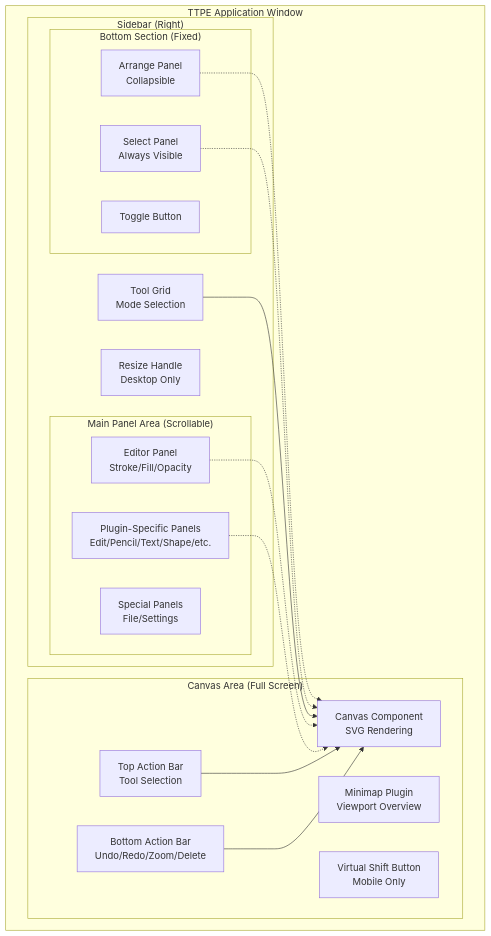
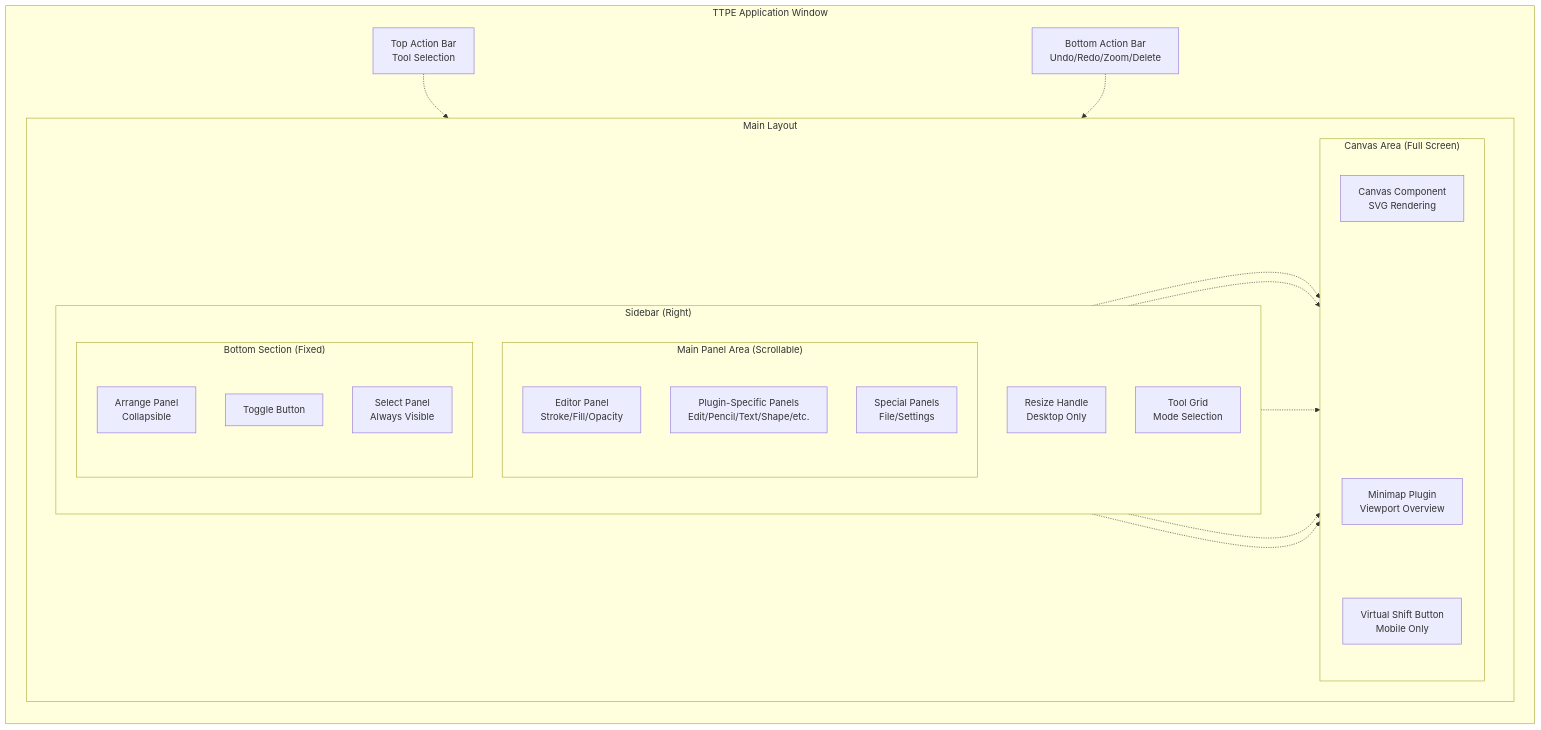
Before and after one commit to ekrsulov/ttpe: the first of 2 diagrams in doc/docs/app-structure/overview.md, drawn with Mermaid. The commit also changed other lines of this file and 7 other files, not shown here.

Commit message:
feat: Add svg-pan-zoom integration and duplicate on drag functionality with tests

````diff
--- a/doc/docs/app-structure/overview.md
+++ b/doc/docs/app-structure/overview.md
@@ -15,37 +15,59 @@
 ```mermaid
 graph TB
     subgraph App["TTPE Application Window"]
-        subgraph Canvas["Canvas Area (Full Screen)"]
-            CanvasMain[Canvas Component<br/>SVG Rendering]
-            TopBar[Top Action Bar<br/>Tool Selection]
-            BottomBar[Bottom Action Bar<br/>Undo/Redo/Zoom/Delete]
-            Minimap[Minimap Plugin<br/>Viewport Overview]
-            VirtualShift[Virtual Shift Button<br/>Mobile Only]
+        direction TB
+        
+        TopBar[Top Action Bar<br/>Tool Selection]
+        
+        subgraph Layout["Main Layout"]
+            direction LR
+            
+            subgraph Canvas["Canvas Area (Full Screen)"]
+                direction TB
+                CanvasMain[Canvas Component<br/>SVG Rendering]
+                CanvasSpace1[ ]
+                CanvasSpace2[ ]
+                Minimap[Minimap Plugin<br/>Viewport Overview]
+                VirtualShift[Virtual Shift Button<br/>Mobile Only]
+                
+                style CanvasSpace1 fill:none,stroke:none
+                style CanvasSpace2 fill:none,stroke:none
+            end
+            
+            subgraph Sidebar["Sidebar (Right)"]
+                direction TB
+                ResizeHandle[Resize Handle<br/>Desktop Only]
+                ToolGrid[Tool Grid<br/>Mode Selection]
+                
+                subgraph MainPanels["Main Panel Area (Scrollable)"]
+                    direction TB
+                    EditorPanel[Editor Panel<br/>Stroke/Fill/Opacity]
+                    PluginPanels[Plugin-Specific Panels<br/>Edit/Pencil/Text/Shape/etc.]
+                    SpecialPanels[Special Panels<br/>File/Settings]
+                end
+                
+                subgraph BottomSection["Bottom Section (Fixed)"]
+                    direction TB
+                    ArrangePanel[Arrange Panel<br/>Collapsible]
+                    ToggleBtn[Toggle Button]
+                    SelectPanel[Select Panel<br/>Always Visible]
+                end
+            end
         end
         
-        subgraph Sidebar["Sidebar (Right)"]
-            ResizeHandle[Resize Handle<br/>Desktop Only]
-            ToolGrid[Tool Grid<br/>Mode Selection]
-            
-            subgraph MainPanels["Main Panel Area (Scrollable)"]
-                EditorPanel[Editor Panel<br/>Stroke/Fill/Opacity]
-                PluginPanels[Plugin-Specific Panels<br/>Edit/Pencil/Text/Shape/etc.]
-                SpecialPanels[Special Panels<br/>File/Settings]
-            end
-            
-            subgraph BottomSection["Bottom Section (Fixed)"]
-                ArrangePanel[Arrange Panel<br/>Collapsible]
-                ToggleBtn[Toggle Button]
-                SelectPanel[Select Panel<br/>Always Visible]
-            end
-        end
+        BottomBar[Bottom Action Bar<br/>Undo/Redo/Zoom/Delete]
     end
     
-    ToolGrid --> CanvasMain
-    TopBar --> CanvasMain
-    BottomBar --> CanvasMain
+    TopBar -.-> CanvasMain
+    ToolGrid -.-> CanvasMain
     EditorPanel -.-> CanvasMain
     PluginPanels -.-> CanvasMain
+    ArrangePanel -.-> CanvasMain
     SelectPanel -.-> CanvasMain
-    ArrangePanel -.-> CanvasMain
+    BottomBar -.-> CanvasMain
+    
+    CanvasMain ~~~ CanvasSpace1
+    CanvasSpace1 ~~~ CanvasSpace2
+    CanvasSpace2 ~~~ Minimap
+    Minimap ~~~ VirtualShift
 ```
````
